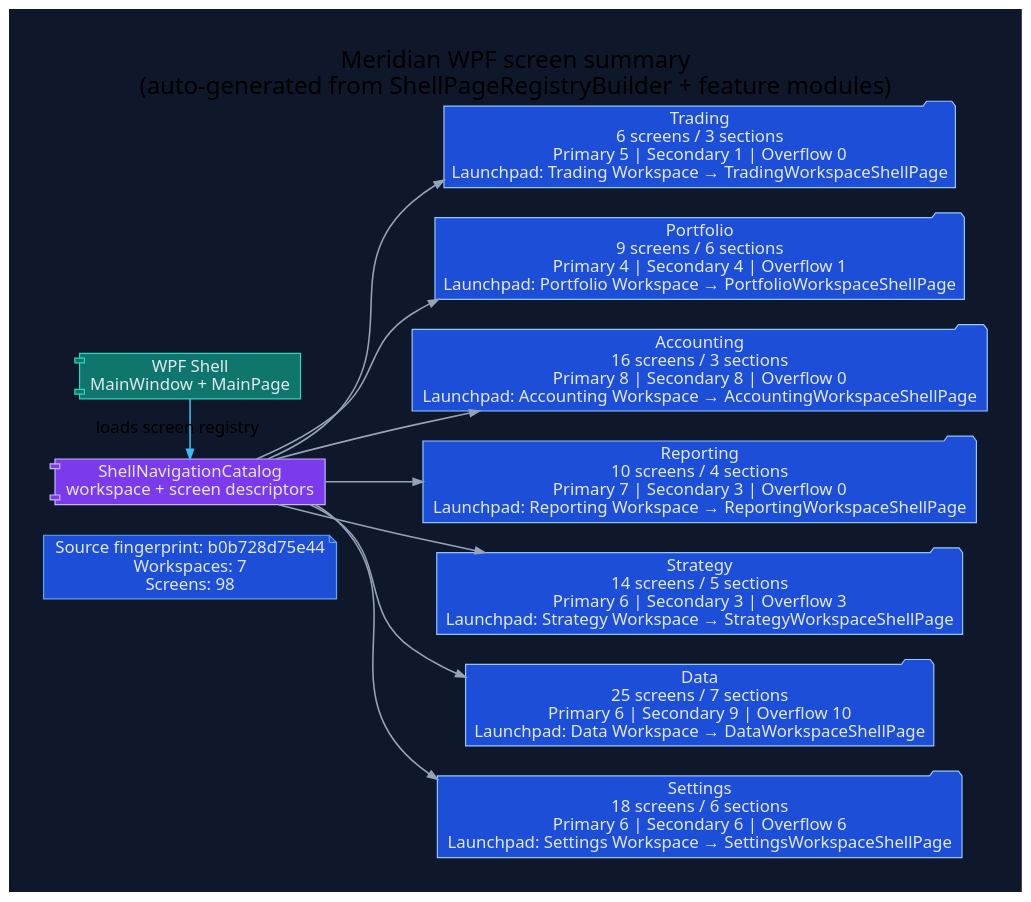
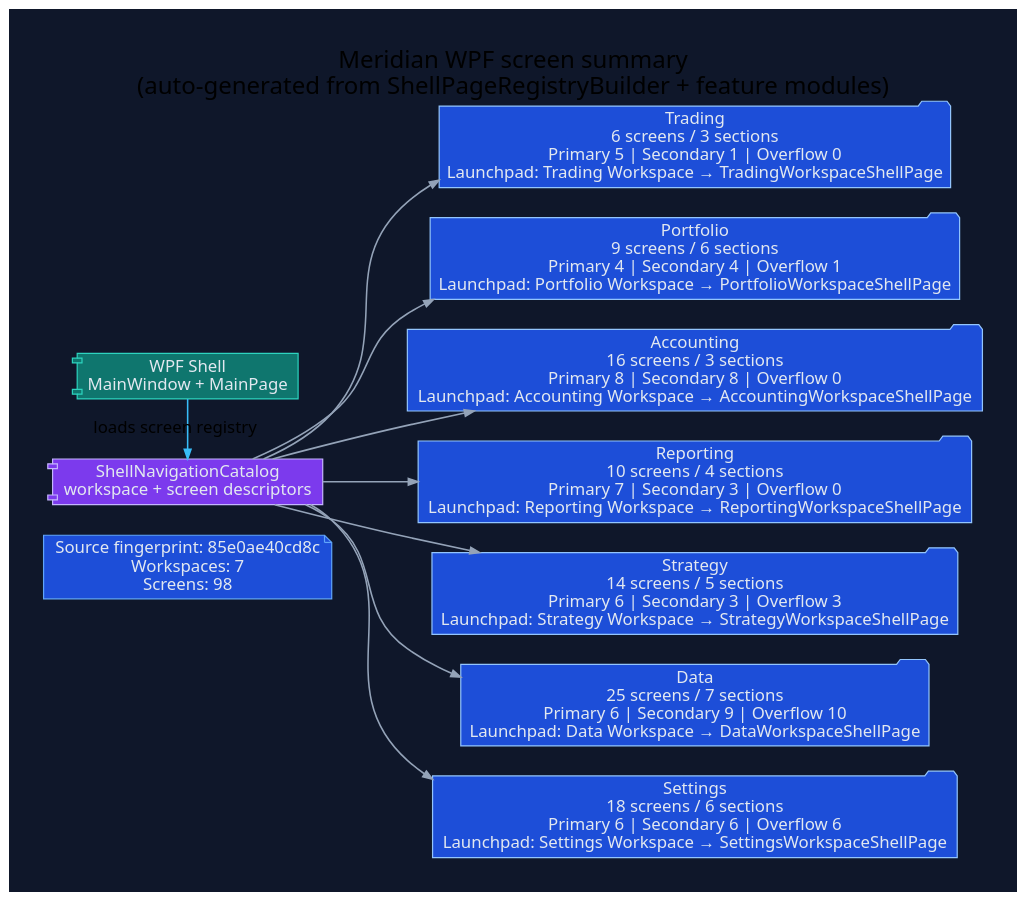
Before and after one commit to rodoHasArrived/Meridian-main: the diagram in docs/diagrams/ui/ui-wpf-screen-summary.dot, drawn with Graphviz. The commit also changed 69 other files, not shown here.

```diff
--- a/docs/diagrams/ui/ui-wpf-screen-summary.dot
+++ b/docs/diagrams/ui/ui-wpf-screen-summary.dot
@@ -1,42 +1,42 @@
 // -----------------------------------------------------------------------------
 // <auto-generated>
 // Generated by scripts/generate-diagrams.mjs.
 // Do not edit this file directly; update the WPF source files instead.
 // -----------------------------------------------------------------------------
 digraph WpfScreenSummary {
   graph [
     rankdir=LR,
     labelloc=t,
     label="Meridian WPF screen summary\n(auto-generated from ShellPageRegistryBuilder + feature modules)",
     fontname="Segoe UI",
     fontsize=20,
     pad=0.4,
     nodesep=0.35,
     ranksep=0.85,
     bgcolor="#0f172a"
   ];
   node [fontname="Segoe UI", shape=box, style="rounded,filled", color="#475569", fontcolor="#e2e8f0", fillcolor="#1e293b"];
   edge [fontname="Segoe UI", color="#94a3b8", penwidth=1.3, arrowsize=0.8];
 
-  generated [shape=note, fillcolor="#1d4ed8", color="#60a5fa", label="Source fingerprint: b0b728d75e44\nWorkspaces: 7\nScreens: 98"];
+  generated [shape=note, fillcolor="#1d4ed8", color="#60a5fa", label="Source fingerprint: 85e0ae40cd8c\nWorkspaces: 7\nScreens: 98"];
   shell [shape=component, fillcolor="#0f766e", color="#2dd4bf", label="WPF Shell\nMainWindow + MainPage"];
   catalog [shape=component, fillcolor="#7c3aed", color="#c4b5fd", label="ShellNavigationCatalog\nworkspace + screen descriptors"];
   shell -> catalog [label="loads screen registry", color="#38bdf8"];
 
   workspace_1 [shape=folder, fillcolor="#1d4ed8", color="#93c5fd", label="Trading\n6 screens / 3 sections\nPrimary 5 | Secondary 1 | Overflow 0\nLaunchpad: Trading Workspace → TradingWorkspaceShellPage"];
   catalog -> workspace_1;
   workspace_2 [shape=folder, fillcolor="#1d4ed8", color="#93c5fd", label="Portfolio\n9 screens / 6 sections\nPrimary 4 | Secondary 4 | Overflow 1\nLaunchpad: Portfolio Workspace → PortfolioWorkspaceShellPage"];
   catalog -> workspace_2;
   workspace_3 [shape=folder, fillcolor="#1d4ed8", color="#93c5fd", label="Accounting\n16 screens / 3 sections\nPrimary 8 | Secondary 8 | Overflow 0\nLaunchpad: Accounting Workspace → AccountingWorkspaceShellPage"];
   catalog -> workspace_3;
   workspace_4 [shape=folder, fillcolor="#1d4ed8", color="#93c5fd", label="Reporting\n10 screens / 4 sections\nPrimary 7 | Secondary 3 | Overflow 0\nLaunchpad: Reporting Workspace → ReportingWorkspaceShellPage"];
   catalog -> workspace_4;
   workspace_5 [shape=folder, fillcolor="#1d4ed8", color="#93c5fd", label="Strategy\n14 screens / 5 sections\nPrimary 6 | Secondary 3 | Overflow 3\nLaunchpad: Strategy Workspace → StrategyWorkspaceShellPage"];
   catalog -> workspace_5;
   workspace_6 [shape=folder, fillcolor="#1d4ed8", color="#93c5fd", label="Data\n25 screens / 7 sections\nPrimary 6 | Secondary 9 | Overflow 10\nLaunchpad: Data Workspace → DataWorkspaceShellPage"];
   catalog -> workspace_6;
   workspace_7 [shape=folder, fillcolor="#1d4ed8", color="#93c5fd", label="Settings\n18 screens / 6 sections\nPrimary 6 | Secondary 6 | Overflow 6\nLaunchpad: Settings Workspace → SettingsWorkspaceShellPage"];
   catalog -> workspace_7;
 
   { rank=min; generated; shell; catalog; }
 }
```
